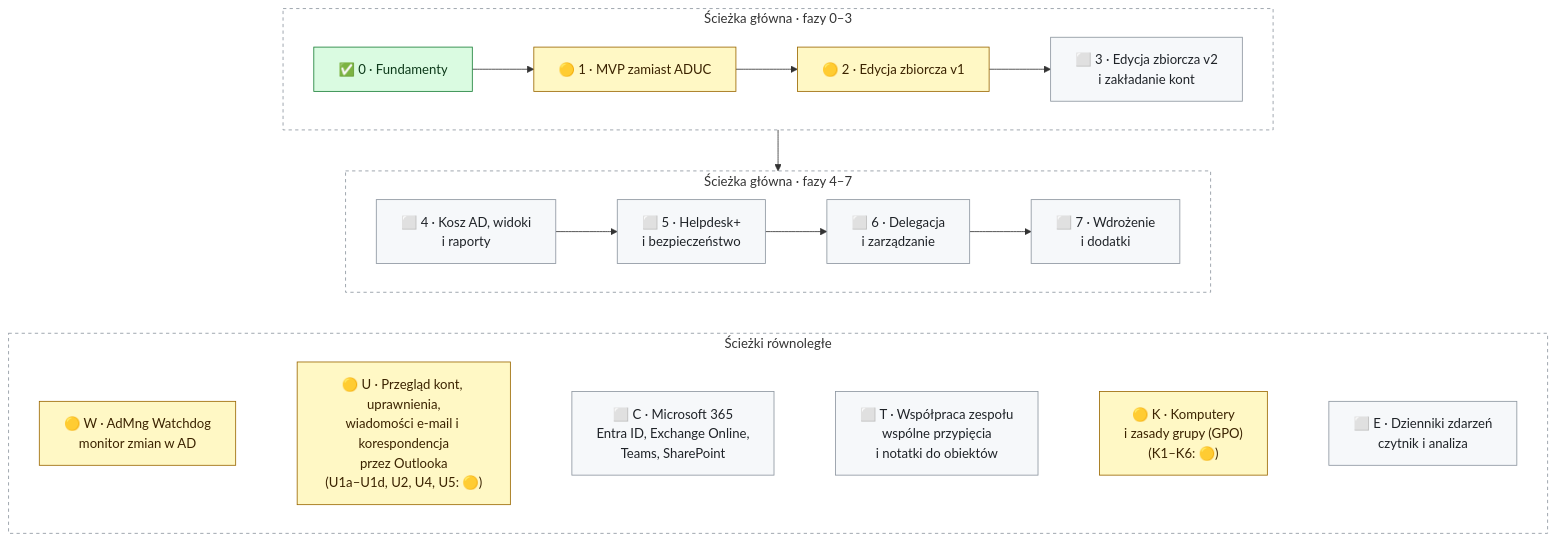
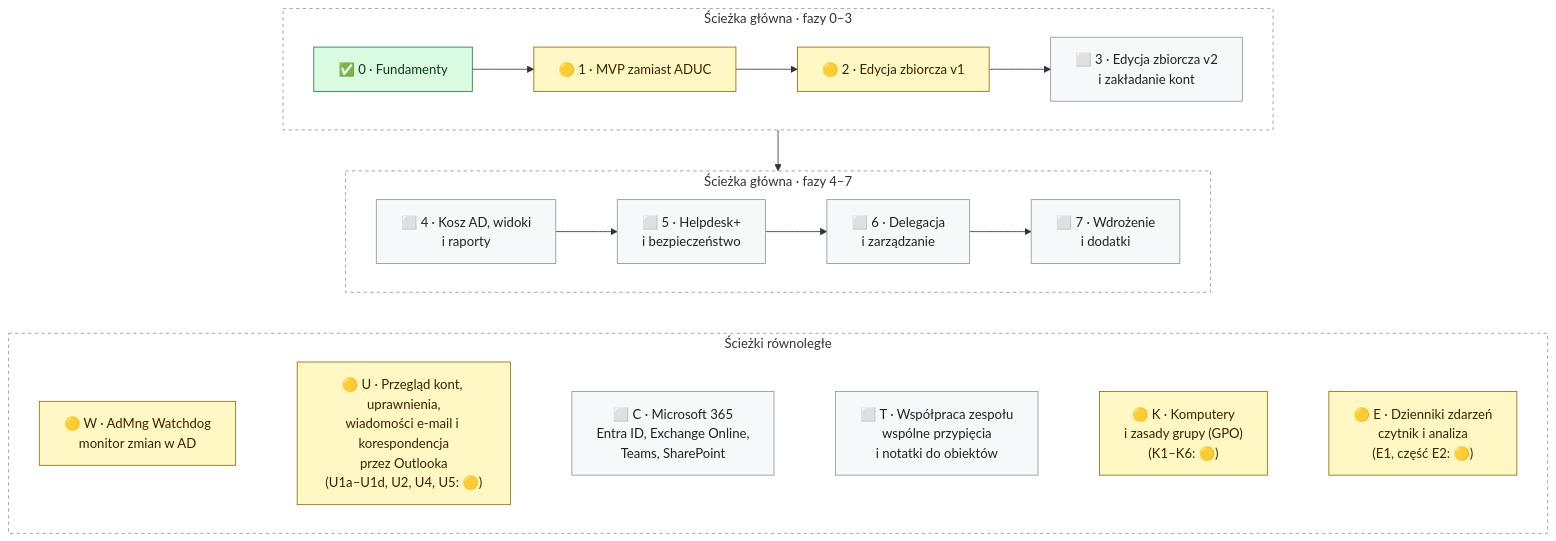
One commit to DarienRahl/AD_MNG changed the diagram in README.md. Above: the diagram before and after it, drawn with Mermaid. The commit also changed other lines of this file and 3 other files, not shown here.

````diff
--- a/README.md
+++ b/README.md
@@ -181,26 +182,26 @@
 ```mermaid
 flowchart TB
     subgraph A["Ścieżka główna · fazy 0–3"]
         direction LR
         F0["✅ 0 · Fundamenty"] --> F1["🟡 1 · MVP zamiast ADUC"] --> F2["🟡 2 · Edycja zbiorcza v1"] --> F3["⬜ 3 · Edycja zbiorcza v2<br/>i zakładanie kont"]
     end
     subgraph B["Ścieżka główna · fazy 4–7"]
         direction LR
         F4["⬜ 4 · Kosz AD, widoki<br/>i raporty"] --> F5["⬜ 5 · Helpdesk+<br/>i bezpieczeństwo"] --> F6["⬜ 6 · Delegacja<br/>i zarządzanie"] --> F7["⬜ 7 · Wdrożenie<br/>i dodatki"]
     end
     subgraph C["Ścieżki równoległe"]
         direction LR
-        W["🟡 W · AdMng Watchdog<br/>monitor zmian w AD"] ~~~ U["🟡 U · Przegląd kont, uprawnienia,<br/>wiadomości e-mail i korespondencja<br/>przez Outlooka<br/>(U1a–U1d, U2, U4, U5: 🟡)"] ~~~ M365["⬜ C · Microsoft 365<br/>Entra ID, Exchange Online,<br/>Teams, SharePoint"] ~~~ TEAM["⬜ T · Współpraca zespołu<br/>wspólne przypięcia<br/>i notatki do obiektów"] ~~~ K["🟡 K · Komputery<br/>i zasady grupy (GPO)<br/>(K1–K6: 🟡)"] ~~~ EVT["⬜ E · Dzienniki zdarzeń<br/>czytnik i analiza"]
+        W["🟡 W · AdMng Watchdog<br/>monitor zmian w AD"] ~~~ U["🟡 U · Przegląd kont, uprawnienia,<br/>wiadomości e-mail i korespondencja<br/>przez Outlooka<br/>(U1a–U1d, U2, U4, U5: 🟡)"] ~~~ M365["⬜ C · Microsoft 365<br/>Entra ID, Exchange Online,<br/>Teams, SharePoint"] ~~~ TEAM["⬜ T · Współpraca zespołu<br/>wspólne przypięcia<br/>i notatki do obiektów"] ~~~ K["🟡 K · Komputery<br/>i zasady grupy (GPO)<br/>(K1–K6: 🟡)"] ~~~ EVT["🟡 E · Dzienniki zdarzeń<br/>czytnik i analiza<br/>(E1, część E2: 🟡)"]
     end
     A --> B
     B ~~~ C
     classDef done fill:#dafbe1,stroke:#1a7f37,color:#0d3a1a
     classDef wip fill:#fff8c5,stroke:#9a6700,color:#3b2300
     classDef todo fill:#f6f8fa,stroke:#8c959f,color:#1f2328
     class F0 done
-    class F1,F2,W,U,K wip
-    class F3,F4,F5,F6,F7,M365,TEAM,EVT todo
+    class F1,F2,W,U,K,EVT wip
+    class F3,F4,F5,F6,F7,M365,TEAM todo
     style A fill:transparent,stroke:#8c959f,stroke-dasharray:4 4
     style B fill:transparent,stroke:#8c959f,stroke-dasharray:4 4
     style C fill:transparent,stroke:#8c959f,stroke-dasharray:4 4
 ```
````
